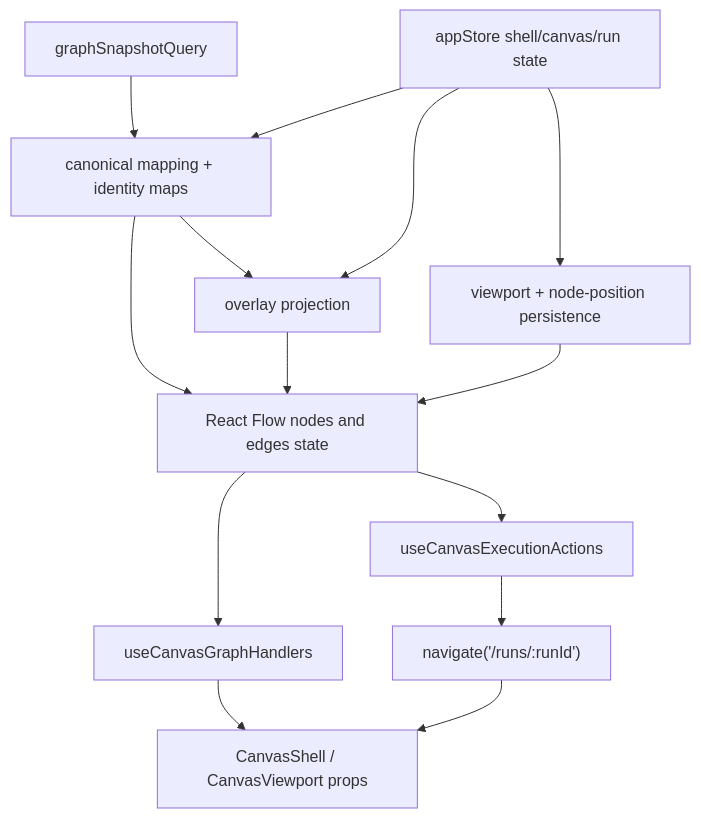
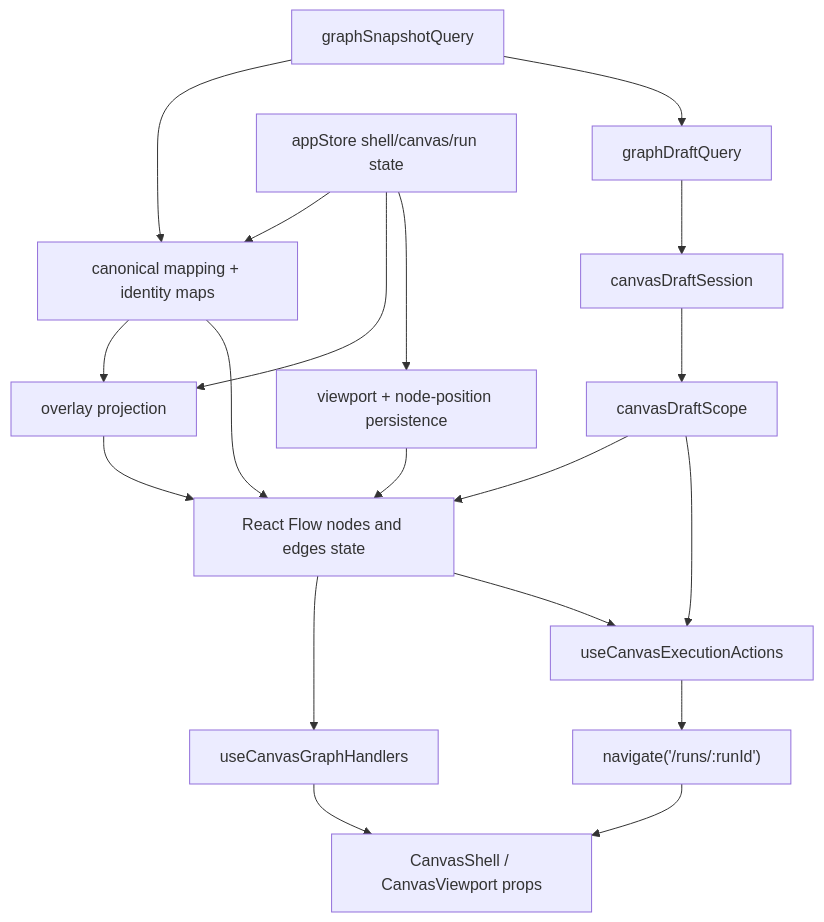
One commit to dunay2/dvt changed the first of 8 diagrams in docs/architecture/components/web/graph/canvas-controller-current-to-target-architecture.md. Above: the diagram before and after it, drawn with Mermaid. The commit also changed other lines of this file and 2 other files, not shown here.

````diff
--- a/docs/architecture/components/web/graph/canvas-controller-current-to-target-architecture.md
+++ b/docs/architecture/components/web/graph/canvas-controller-current-to-target-architecture.md
@@ -45,18 +55,23 @@
 ```mermaid
 flowchart TB
   Query["graphSnapshotQuery"] --> Canonical["canonical mapping + identity maps"]
+  Query --> DraftRecord["graphDraftQuery"]
+  DraftRecord --> DraftSession["canvasDraftSession"]
   Canonical --> Overlay["overlay projection"]
   Canonical --> Nodes["React Flow nodes and edges state"]
+  DraftSession --> Scope["canvasDraftScope"]
+  Scope --> Nodes
   Overlay --> Nodes
 
   Store["appStore shell/canvas/run state"] --> Canonical
   Store --> Overlay
   Store --> Persist["viewport + node-position persistence"]
 
   Persist --> Nodes
   Nodes --> Handlers["useCanvasGraphHandlers"]
   Nodes --> Execute["useCanvasExecutionActions"]
+  Scope --> Execute
   Execute --> Navigate["navigate('/runs/:runId')"]
   Handlers --> Output["CanvasShell / CanvasViewport props"]
   Navigate --> Output
 ```
````
